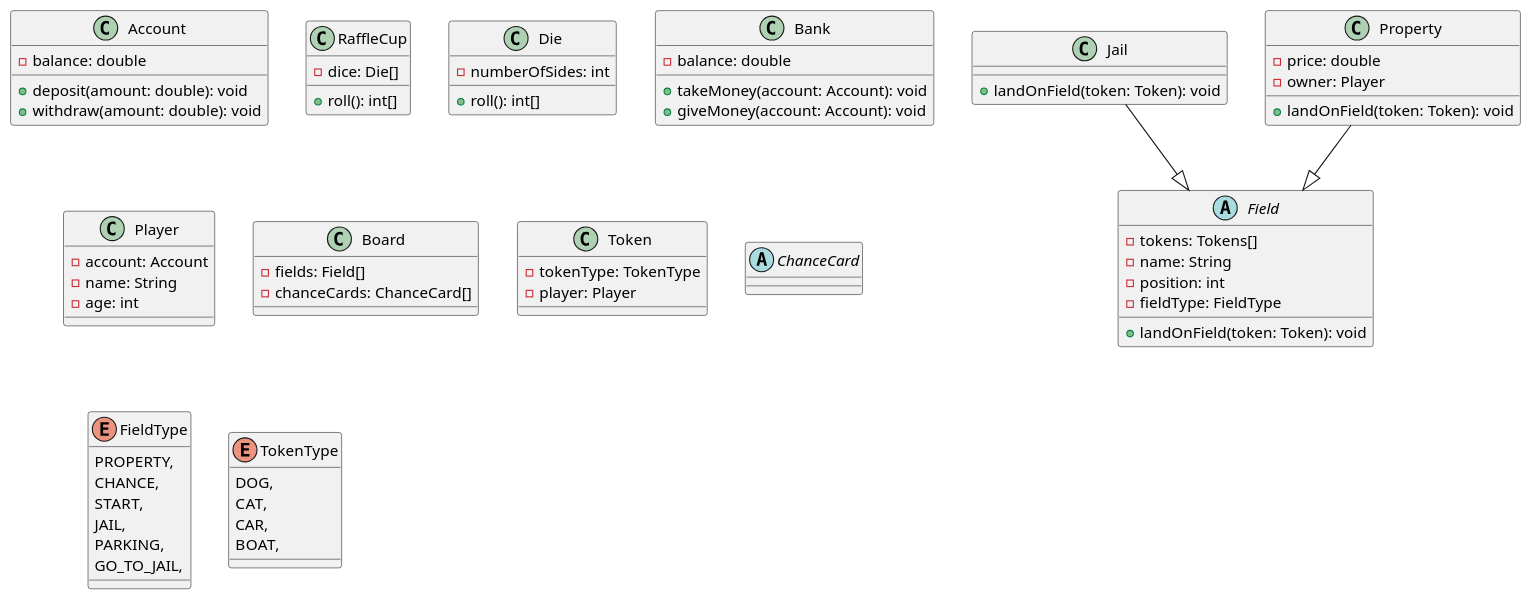
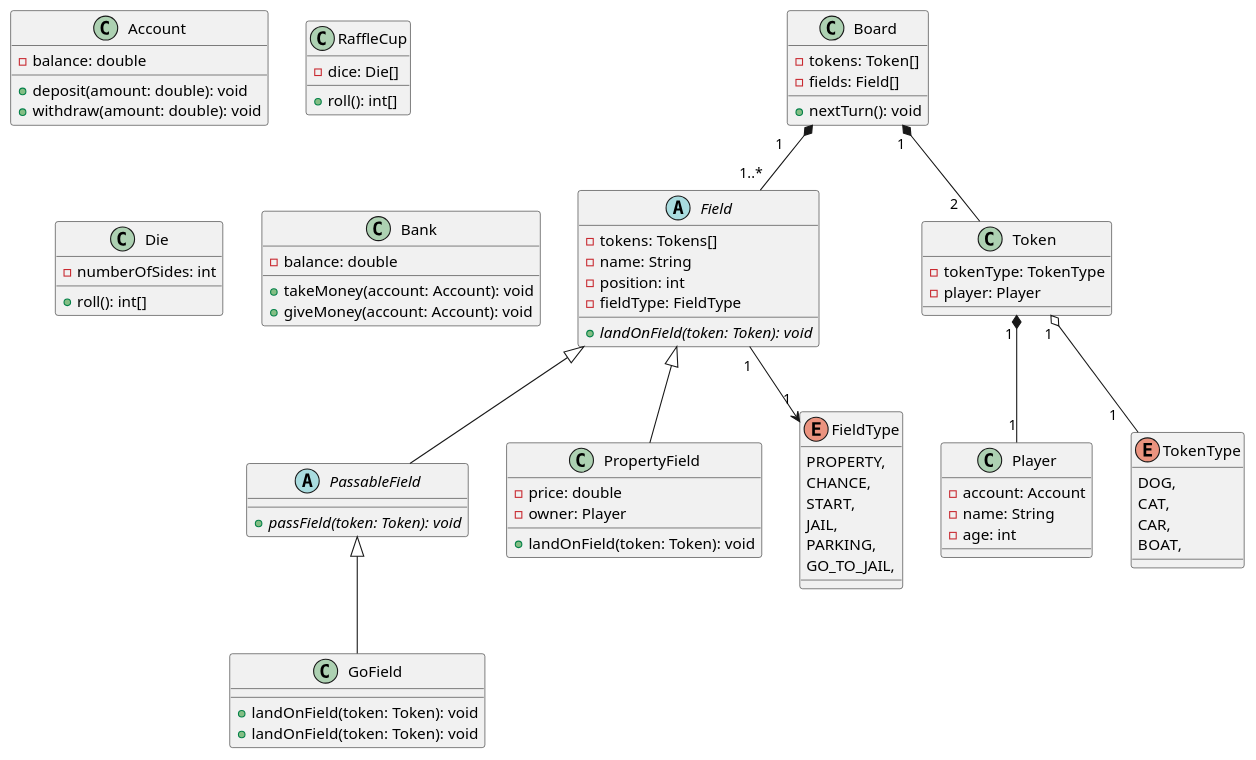
The diagram in documentation/Diagrams/Design_Class_Diagram.wsd (DTU-CDIO18/G18-CDIO3), drawn with PlantUML before and after one commit. The commit also changed 3 other files, not shown here.

```diff
--- a/documentation/Diagrams/Design_Class_Diagram.wsd
+++ b/documentation/Diagrams/Design_Class_Diagram.wsd
@@ -1,83 +1,94 @@
 @startuml Design_Class_Diagram
 
 class Account {
     -balance: double
     +deposit(amount: double): void
     +withdraw(amount: double): void
 }
 
 class RaffleCup {
     -dice: Die[]
     +roll(): int[]
 }
 
 class Die {
     -numberOfSides: int
     +roll(): int[]
 }
+
 class Bank {
     -balance: double
     +takeMoney(account: Account): void
     +giveMoney(account: Account): void
 }
+
 class Player {
     -account: Account
     -name: String
     -age: int
 }
 
 class Board {
+    -tokens: Token[]
     -fields: Field[]
-    -chanceCards: ChanceCard[] 
+
+    +nextTurn(): void
 }
 
 abstract class Field {
     -tokens: Tokens[]
     -name: String
     -position: int
     -fieldType: FieldType
+    +{abstract} landOnField(token: Token): void
+}
+
+abstract class PassableField {
+    +{abstract} passField(token: Token): void
+}
+
+class GoField {
+    +landOnField(token: Token): void
     +landOnField(token: Token): void
 }
 
-class Jail {
-    +landOnField(token: Token): void
-}
-
-class Property {
+class PropertyField {
     -price: double
     -owner: Player
 
     +landOnField(token: Token): void
 }
 
 class Token {
     -tokenType: TokenType
     -player: Player
-}
-
-abstract class ChanceCard {
-
 }
 
 enum FieldType {
     PROPERTY,
     CHANCE,
     START,
     JAIL,
     PARKING,
     GO_TO_JAIL,
 }
 
 enum TokenType {
     DOG,
     CAT,
     CAR,
     BOAT,
 }
 
-Jail --|> Field
-Property --|> Field
+Field <|-- PassableField
+Field <|-- PropertyField 
+PassableField <|-- GoField
+Board "1      " *-- "1..* " Field
+Board "1 " *-- "2    " Token
+Field "1 " --> "1" FieldType
+Token "1 " *-- "1" Player
+Token "1 " o-- "1    " TokenType
 
 
 
 @enduml
```
